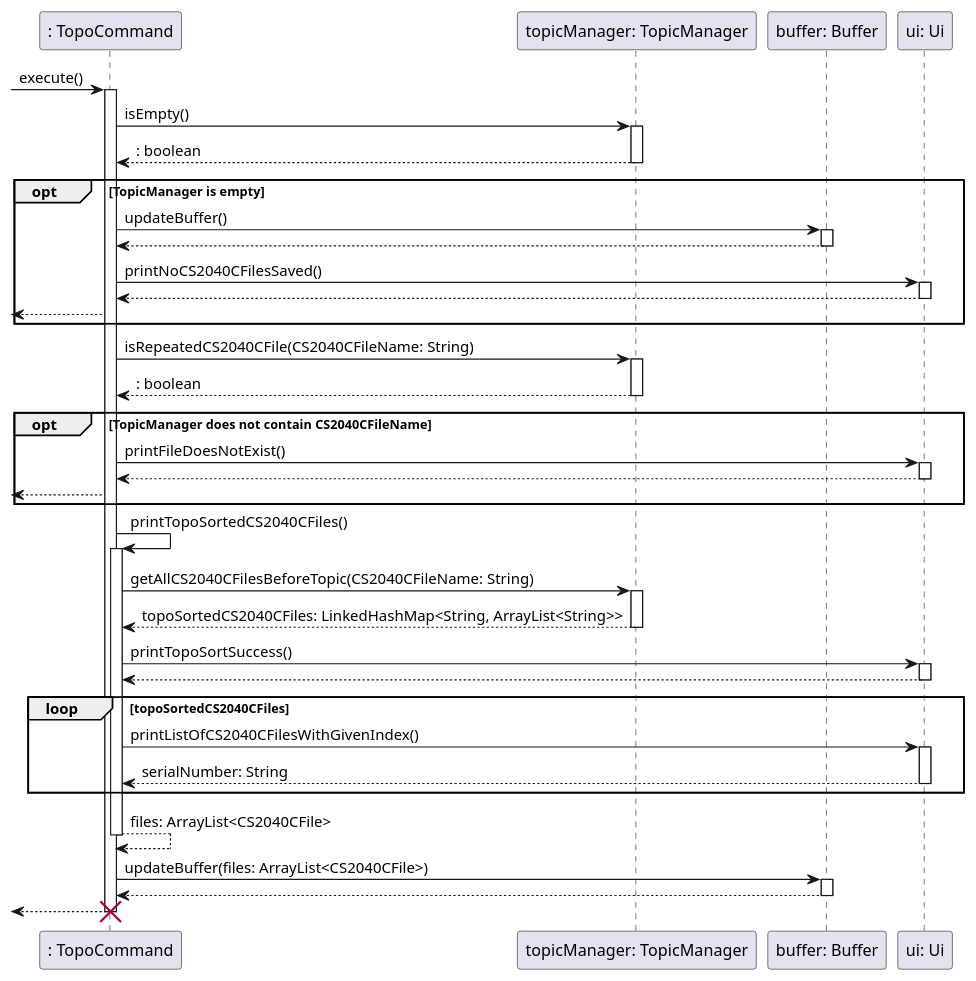
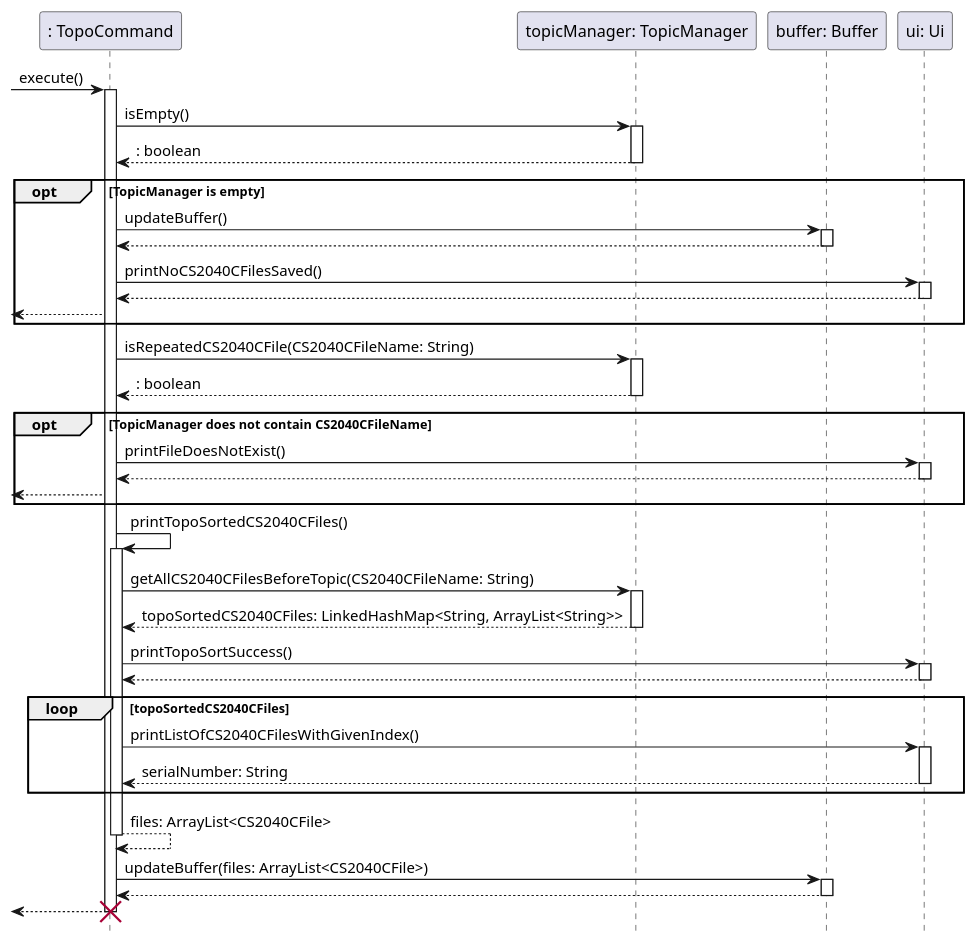
One commit to ong-ck/tp changed the diagram in docs/sequence-diagrams/source-files/TopoSort.puml. Above: the diagram before and after it, drawn with PlantUML. The commit also changed 16 other files, not shown here.

Commit message:
Update sequence diagrams to remove footbox

```diff
--- a/docs/sequence-diagrams/source-files/TopoSort.puml
+++ b/docs/sequence-diagrams/source-files/TopoSort.puml
@@ -1,59 +1,59 @@
 @startuml
-'https://plantuml.com/sequence-diagram
+hide footbox
 
 participant ": TopoCommand" as TopoCommand
 participant "topicManager: TopicManager" as TopicManager
 participant "buffer: Buffer" as Buffer
 participant "ui: Ui" as Ui
 
 -> TopoCommand : execute()
 activate TopoCommand
     TopoCommand -> TopicManager: isEmpty()
     activate TopicManager
     return : boolean
 
     opt TopicManager is empty
         TopoCommand -> Buffer: updateBuffer()
         activate Buffer
         return
 
         TopoCommand -> Ui: printNoCS2040CFilesSaved()
         activate Ui
         return
         <-- TopoCommand
     end
 
     TopoCommand -> TopicManager: isRepeatedCS2040CFile(CS2040CFileName: String)
     activate TopicManager
     return : boolean
 
     opt TopicManager does not contain CS2040CFileName
         TopoCommand -> Ui: printFileDoesNotExist()
         activate Ui
         return
         <-- TopoCommand
     end
 
     TopoCommand -> TopoCommand: printTopoSortedCS2040CFiles()
     activate TopoCommand
         TopoCommand -> TopicManager: getAllCS2040CFilesBeforeTopic(CS2040CFileName: String)
         activate TopicManager
         return topoSortedCS2040CFiles: LinkedHashMap<String, ArrayList<String>>
 
         TopoCommand -> Ui: printTopoSortSuccess()
         activate Ui
         return
 
         loop topoSortedCS2040CFiles
             TopoCommand -> Ui: printListOfCS2040CFilesWithGivenIndex()
             activate Ui
             return serialNumber: String
         end
     return files: ArrayList<CS2040CFile>
 
     TopoCommand -> Buffer: updateBuffer(files: ArrayList<CS2040CFile>)
     activate Buffer
     return
 return
 destroy TopoCommand
 @enduml
```
